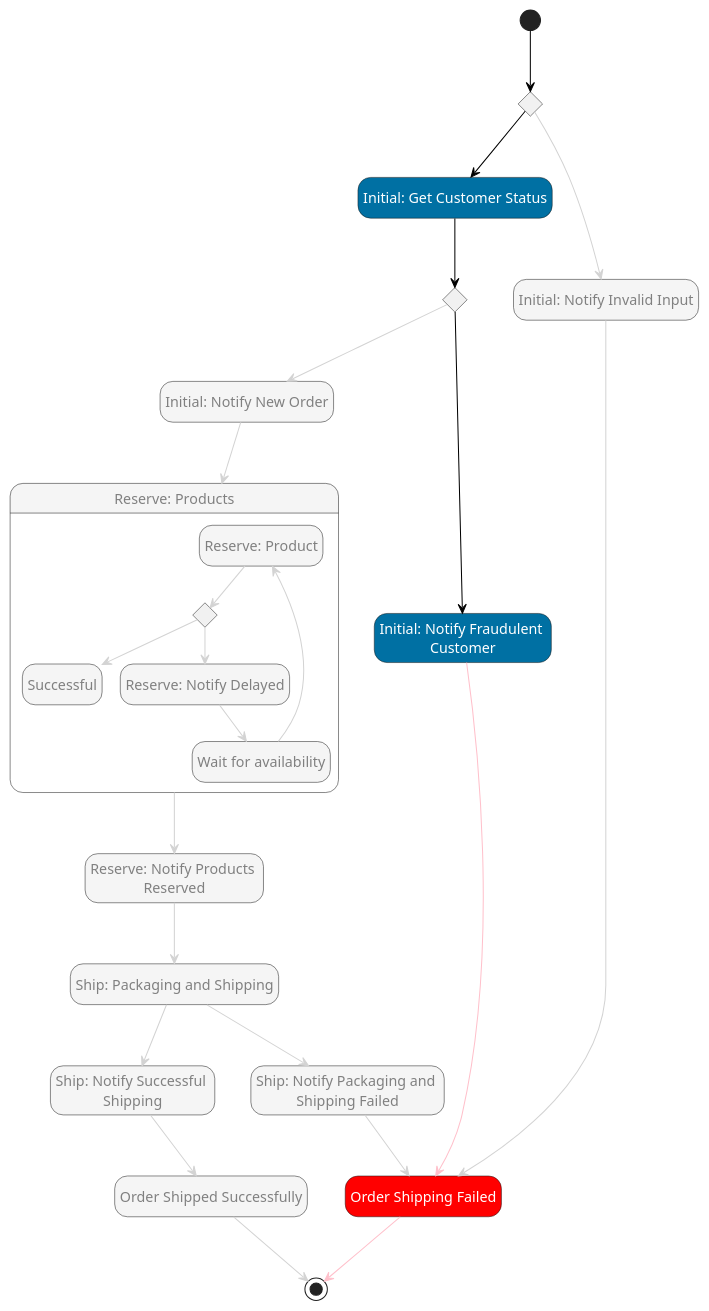
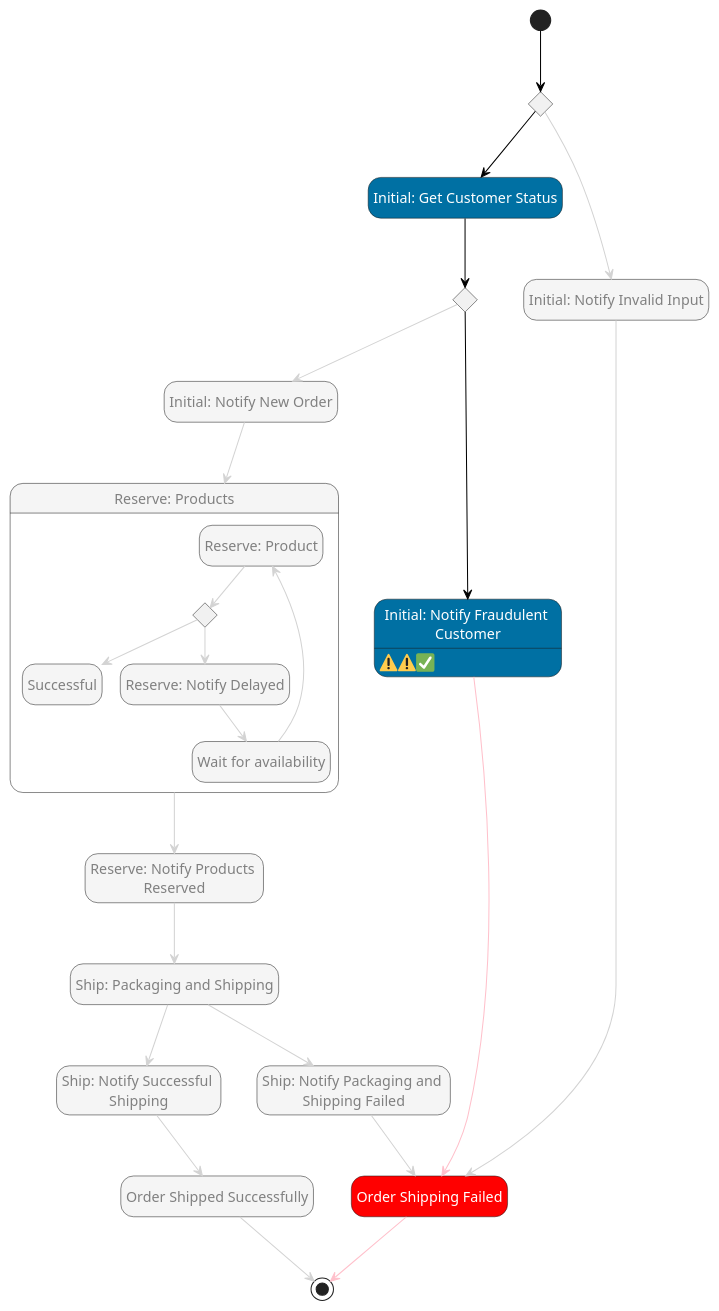
Before and after one commit to massfords/asl-puml: the diagram in src/__tests__/pumls/aws-example-ship-order-deadpath.asl.puml, drawn with PlantUML. The commit also changed 7 other files, not shown here.

```diff
--- a/src/__tests__/pumls/aws-example-ship-order-deadpath.asl.puml
+++ b/src/__tests__/pumls/aws-example-ship-order-deadpath.asl.puml
@@ -1,77 +1,77 @@
 @startuml
 hide empty description
 skinparam ArrowColor #black
 skinparam state {
 
     BackgroundColor<<Choice>> #whitesmoke
     FontColor<<Choice>> automatic
 
     BackgroundColor<<aslFail>> #red
     FontColor<<aslFail>> automatic
 
     BackgroundColor<<aslMap>> #whitesmoke
 
     BackgroundColor<<aslSucceed>> #green
     FontColor<<aslSucceed>> automatic
 
     BackgroundColor<<aslTask>> #lightblue
     FontColor<<aslTask>> automatic
 
     BackgroundColor<<aslWait>> #whitesmoke
     FontColor<<aslWait>> automatic
     BackgroundColor<<Compensate>> #orange
     FontColor<<CustomStyle0>> automatic
     BackgroundColor<<CustomStyle0>> #gray
     FontColor<<CustomStyle1>> automatic
     BackgroundColor<<CustomStyle1>> #0070a3
     FontColor<<CustomStyle2>> automatic
     BackgroundColor<<CustomStyle2>> #gray
     FontColor<<CustomStyle3>> automatic
     BackgroundColor<<CustomStyle3>> #0070a3
     FontColor<<CustomStyle4>> automatic
     BackgroundColor<<CustomStyle4>> #red
     FontColor<<CustomStyle5>> gray
     BackgroundColor<<CustomStyle5>> #whitesmoke
 }
 state "Do Fraud Check" as state3<<Choice>>
 state "Initial: Get Customer Status" as state2<<CustomStyle1>>
-state "Initial: Notify Fraudulent \nCustomer" as state10<<CustomStyle3>>
+state "Initial: Notify Fraudulent \nCustomer" as state10<<CustomStyle3>>: <:warning:><:warning:><:white_check_mark:>
 state "Initial: Notify Invalid Input" as state13<<CustomStyle5>>
 state "Initial: Notify New Order" as state4<<CustomStyle5>>
 state "Initial: Validate Input" as state1<<Choice>>
 state "Order Shipped Successfully" as state12<<CustomStyle5>>
 state "Order Shipping Failed" as state11<<CustomStyle4>>
 state "Reserve: Notify Products \nReserved" as state6<<CustomStyle5>>
 state "Reserve: Products" as state5<<CustomStyle5>> {
 state "Reserve: Product" as state14<<CustomStyle5>>
 state "Choice" as state15<<Choice>>
 state "Successful" as state16<<CustomStyle5>>
 state "Reserve: Notify Delayed" as state17<<CustomStyle5>>
 state "Wait for availability" as state18<<CustomStyle5>>
 }
 state "Ship: Notify Packaging and \nShipping Failed" as state9<<CustomStyle5>>
 state "Ship: Notify Successful \nShipping" as state8<<CustomStyle5>>
 state "Ship: Packaging and Shipping" as state7<<CustomStyle5>>
 [*] --> state1
 state1 -[#lightgray]-> state13
 state1 --> state2
 state2 --> state3
 state3 --> state10
 state3 -[#lightgray]-> state4
 state4 -[#lightgray]-> state5
 state5 -[#lightgray]-> state6
 state6 -[#lightgray]-> state7
 state7 -[#lightgray]-> state8
 state7 -[#lightgray]-> state9
 state8 -[#lightgray]-> state12
 state9 -[#lightgray]-> state11
 state10 -[#pink]-> state11
 state11 -[#pink]-> [*]
 state12 -[#lightgray]-> [*]
 state13 -[#lightgray]-> state11
 state14 -[#lightgray]-> state15
 state15 -[#lightgray]-> state17
 state15 -[#lightgray]-> state16
 state17 -[#lightgray]-> state18
 state18 -[#lightgray]-> state14
 @enduml
```
